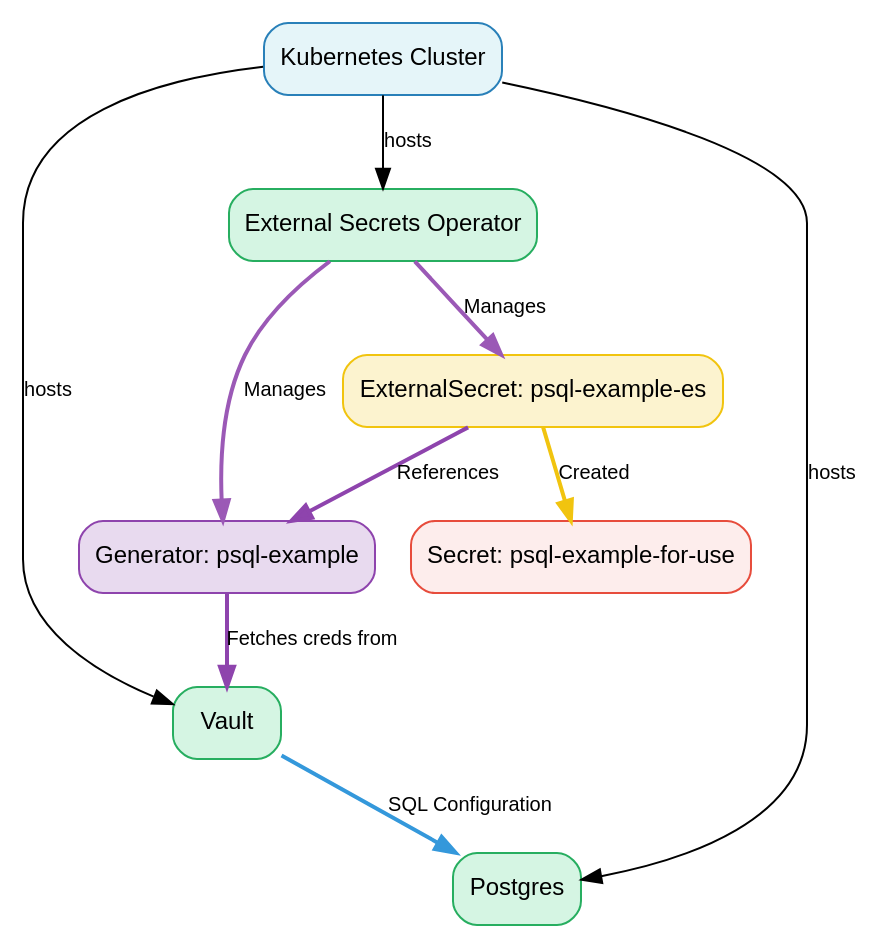
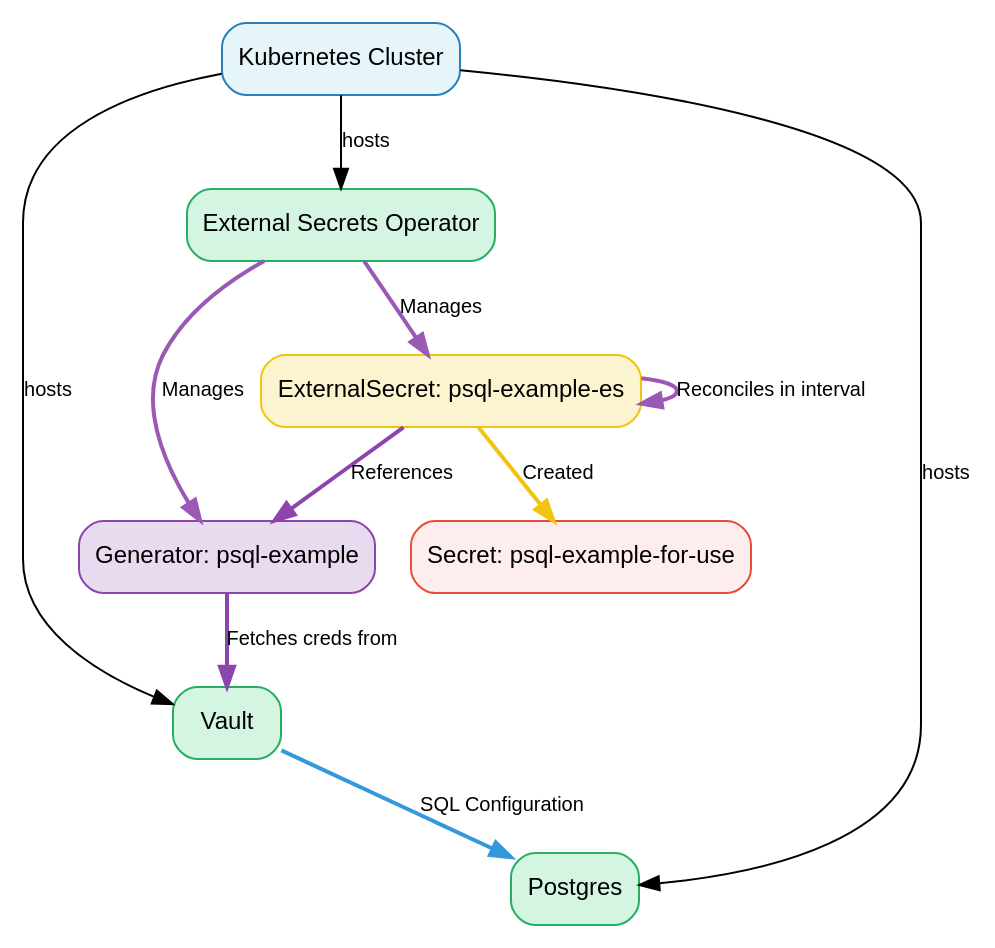
One commit to Skarlso/rotate-secrets-demo changed the diagram in k8s_state.dot. Above: the diagram before and after it, drawn with Graphviz. The commit also changed 3 other files, not shown here.

Commit message:
removed the graph and incorporated the update into the main script

```diff
--- a/k8s_state.dot
+++ b/k8s_state.dot
@@ -1,25 +1,26 @@
 digraph kubernetes_state {
     style=filled;
     rankdir=TB;
     node [shape=box, style="rounded,filled", fontname="Arial", fontsize=12];
     edge [fontname="Arial", fontsize=10];
     
     bgcolor="white";
     
     Kubernetes [label="Kubernetes Cluster", fillcolor="#E5F5F9", color="#2980B9"];
     Vault [label="Vault", fillcolor="#D5F5E3", color="#27AE60"];
     Kubernetes -> Vault [label="hosts"];
     ESO [label="External Secrets Operator", fillcolor="#D5F5E3", color="#27AE60"];
     Kubernetes -> ESO [label="hosts"];
     Postgres [label="Postgres", fillcolor="#D5F5E3", color="#27AE60"];
     Kubernetes -> Postgres [label="hosts"];
     Vault -> Postgres [label="SQL Configuration", color="#3498DB", penwidth=2];
     Generator [label="Generator: psql-example", fillcolor="#E8DAEF", color="#8E44AD"];
     ESO -> Generator [label="Manages", color="#9B59B6", penwidth=2];
+    Generator -> Vault [label="Fetches creds from", color="#8E44AD", penwidth=2];
     ExternalSecret [label="ExternalSecret: psql-example-es", fillcolor="#FCF3CF", color="#F1C40F"];
     ESO -> ExternalSecret [label="Manages", color="#9B59B6", penwidth=2];
     ExternalSecret -> Generator [label="References", color="#8E44AD", penwidth=2];
-    Generator -> Vault [label="Fetches creds from", color="#8E44AD", penwidth=2];
     Secret [label="Secret: psql-example-for-use", fillcolor="#FDEDEC", color="#E74C3C"];
     ExternalSecret -> Secret [label="Created", color="#F1C40F", penwidth=2];
+    ExternalSecret -> ExternalSecret [label="Reconciles in interval", color="#9B59B6", penwidth=2];
 }
```
